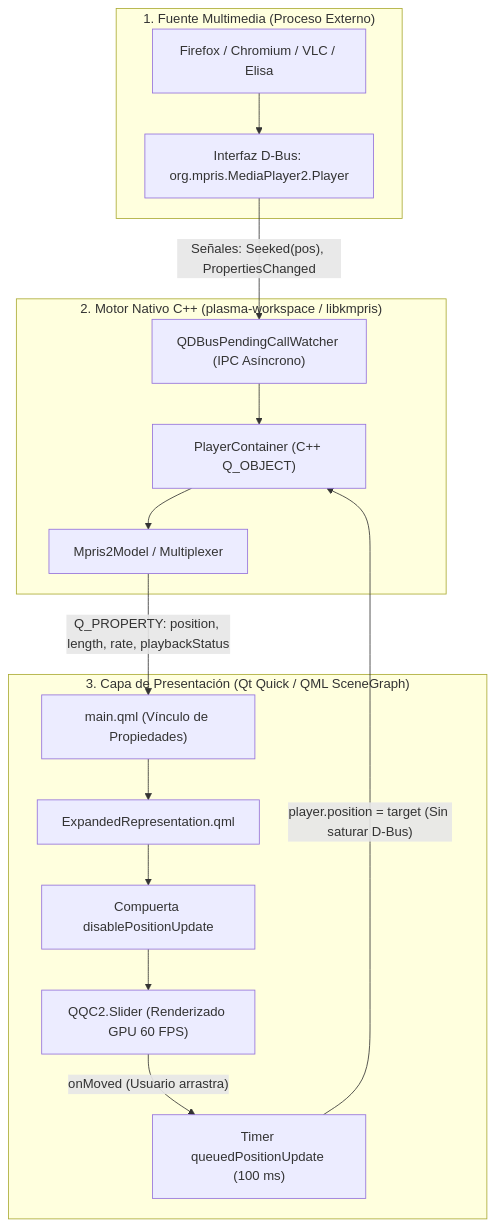
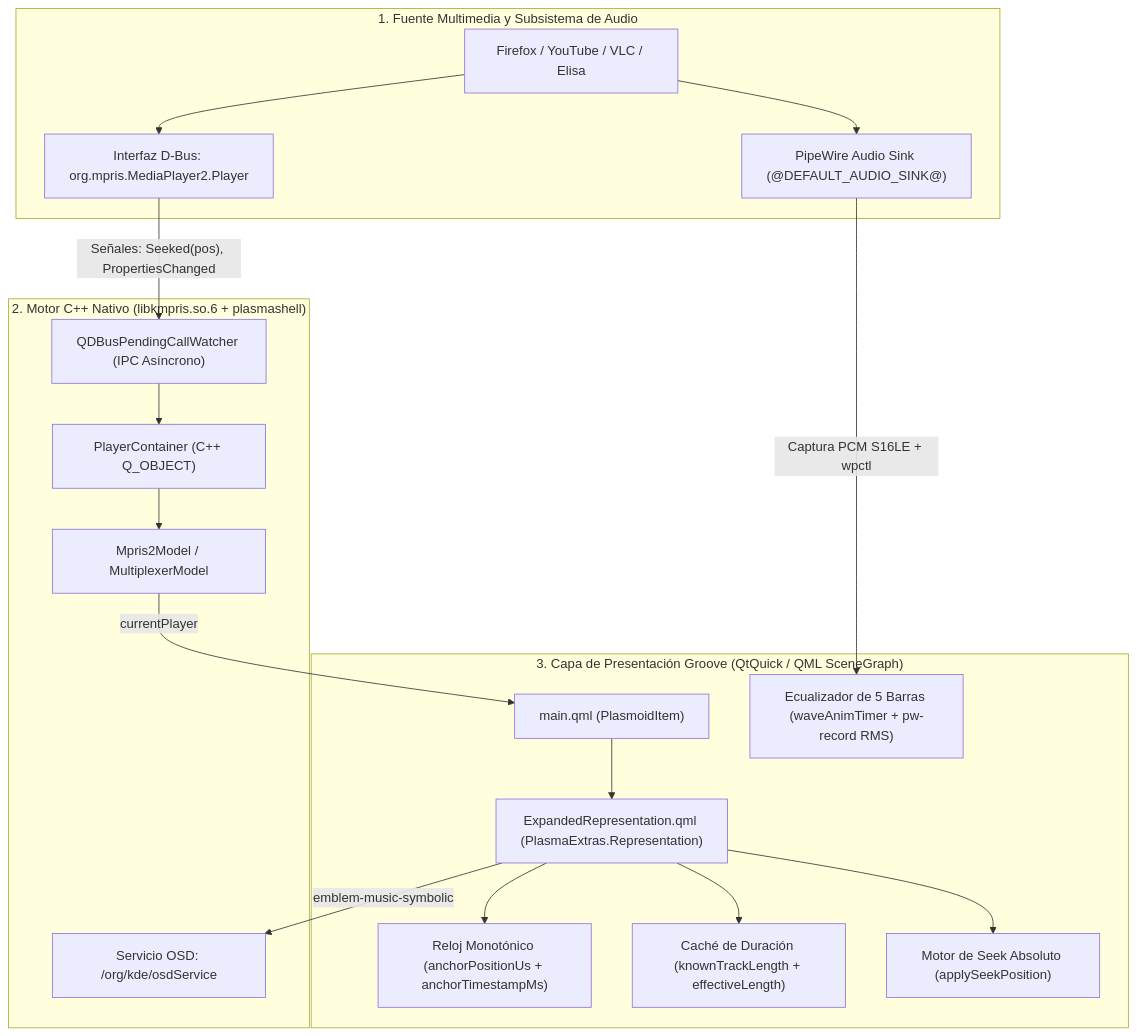
The diagram in docs/GROOVE_MEDIA_PLAYER_ARCHITECTURE.md (BNABNTMARRTH/linux-groove), drawn with Mermaid before and after one commit. The commit also changed other lines of this file and 2 other files, not shown here.

Commit message:
fix(mediaplayer): fix real-time manual seek & duration proportion on Firefox/YouTube and document full code architecture

````diff
--- a/docs/GROOVE_MEDIA_PLAYER_ARCHITECTURE.md
+++ b/docs/GROOVE_MEDIA_PLAYER_ARCHITECTURE.md
@@ -15,32 +11,37 @@
 ```mermaid
 flowchart TD
-    subgraph Capa1["1. Fuente Multimedia (Proceso Externo)"]
-        App["Firefox / Chromium / VLC / Elisa"]
+    subgraph Capa1["1. Fuente Multimedia y Subsistema de Audio"]
+        App["Firefox / YouTube / VLC / Elisa"]
         MprisService["Interfaz D-Bus: org.mpris.MediaPlayer2.Player"]
+        PipeWire["PipeWire Audio Sink (@DEFAULT_AUDIO_SINK@)"]
         App --> MprisService
+        App --> PipeWire
     end
 
-    subgraph Capa2["2. Motor Nativo C++ (plasma-workspace / libkmpris)"]
+    subgraph Capa2["2. Motor C++ Nativo (libkmpris.so.6 + plasmashell)"]
         Watcher["QDBusPendingCallWatcher (IPC Asíncrono)"]
         Container["PlayerContainer (C++ Q_OBJECT)"]
-        Model["Mpris2Model / Multiplexer"]
+        Model["Mpris2Model / MultiplexerModel"]
+        OsdService["Servicio OSD: /org/kde/osdService"]
         MprisService -- "Señales: Seeked(pos), PropertiesChanged" --> Watcher
         Watcher --> Container
         Container --> Model
     end
 
-    subgraph Capa3["3. Capa de Presentación (Qt Quick / QML SceneGraph)"]
-        MainQML["main.qml (Vínculo de Propiedades)"]
-        ExpandedQML["ExpandedRepresentation.qml"]
-        Guard["Compuerta disablePositionUpdate"]
-        Debounce["Timer queuedPositionUpdate (100 ms)"]
-        Slider["QQC2.Slider (Renderizado GPU 60 FPS)"]
+    subgraph Capa3["3. Capa de Presentación Groove (QtQuick / QML SceneGraph)"]
+        MainQML["main.qml (PlasmoidItem)"]
+        ExpandedQML["ExpandedRepresentation.qml (PlasmaExtras.Representation)"]
+        AnchorClock["Reloj Monotónico (anchorPositionUs + anchorTimestampMs)"]
+        LengthCache["Caché de Duración (knownTrackLength + effectiveLength)"]
+        SeekEngine["Motor de Seek Absoluto (applySeekPosition)"]
+        EqEngine["Ecualizador de 5 Barras (waveAnimTimer + pw-record RMS)"]
 
-        Model -- "Q_PROPERTY: position, length, rate, playbackStatus" --> MainQML
+        Model -- "currentPlayer" --> MainQML
         MainQML --> ExpandedQML
-        ExpandedQML --> Guard
-        Guard --> Slider
-        Slider -- "onMoved (Usuario arrastra)" --> Debounce
-        Debounce -- "player.position = target (Sin saturar D-Bus)" --> Container
+        ExpandedQML --> AnchorClock
+        ExpandedQML --> LengthCache
+        ExpandedQML --> SeekEngine
+        PipeWire -- "Captura PCM S16LE + wpctl" --> EqEngine
+        ExpandedQML -- "emblem-music-symbolic" --> OsdService
     end
 ```
````
